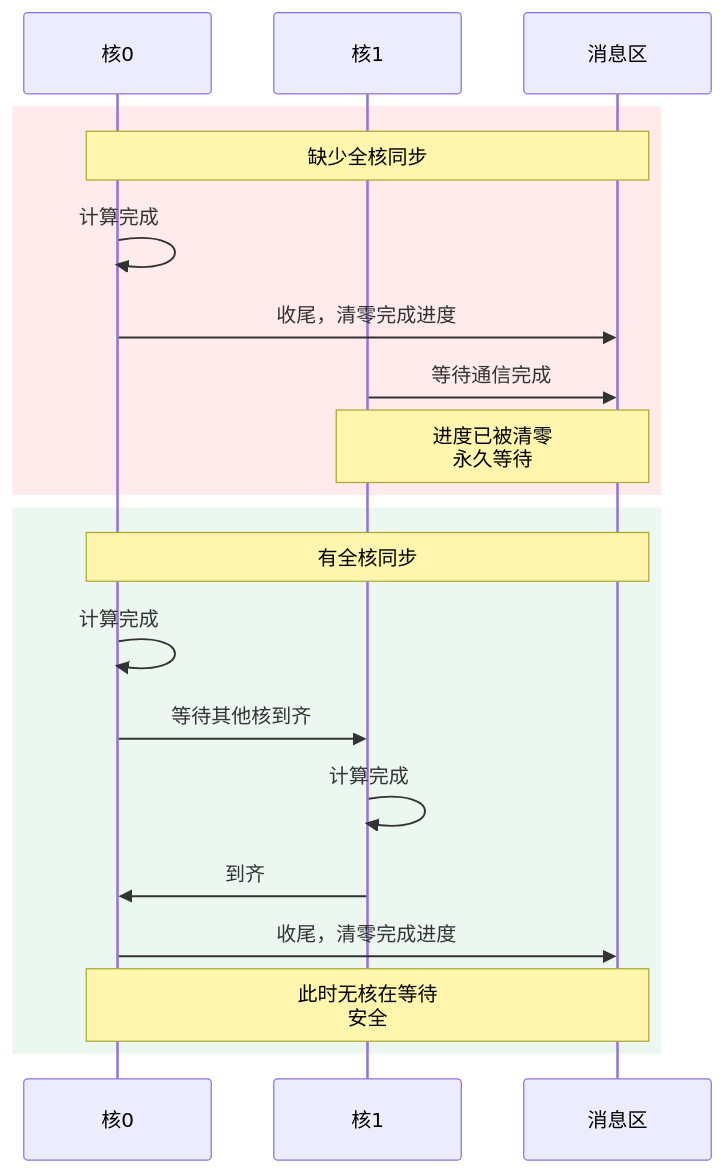
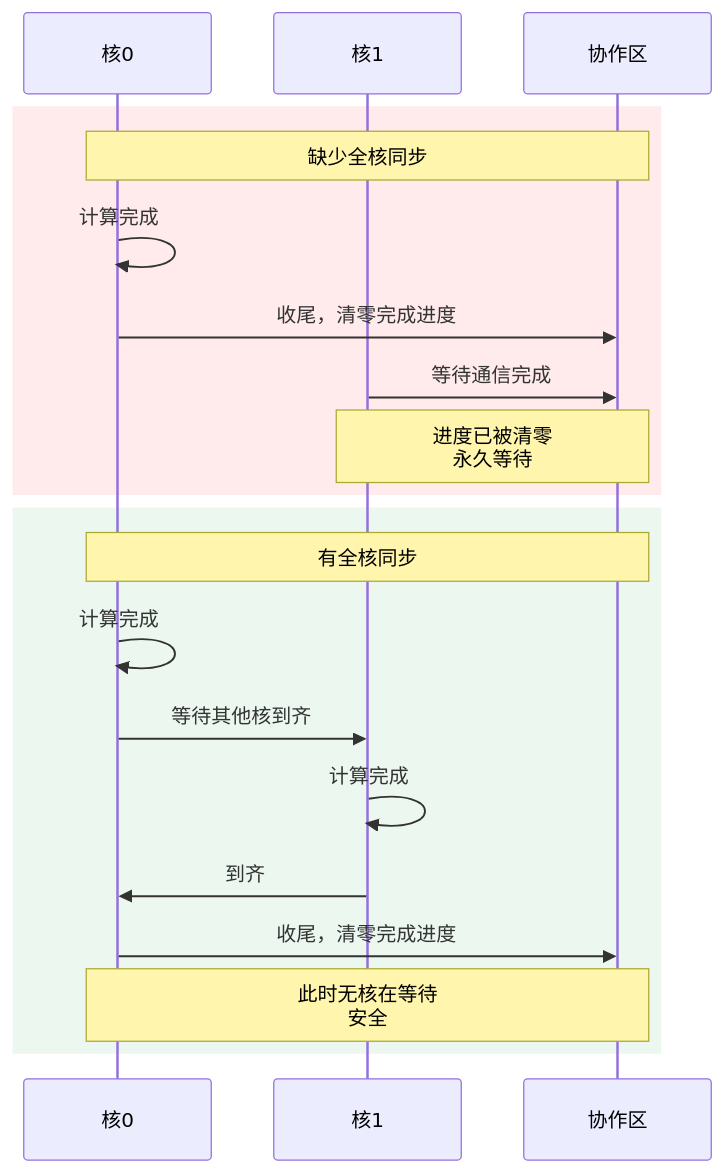
The third of 4 diagrams in docs/zh/编程模型/MC2编程模型/执行模型.md (Atlas-Ascend-Fork/asc-comm), drawn with Mermaid before and after one commit. The commit also changed other lines of this file and 1 other file, not shown here.

````diff
--- a/docs/zh/编程模型/MC2编程模型/执行模型.md
+++ b/docs/zh/编程模型/MC2编程模型/执行模型.md
@@ -132,24 +143,24 @@
 ```mermaid
 sequenceDiagram
     participant C0 as 核0
     participant C1 as 核1
-    participant M as 消息区
+    participant M as 协作区
 
     rect rgb(255, 235, 235)
     Note over C0,M: 缺少全核同步
     C0->>C0: 计算完成
     C0->>M: 收尾，清零完成进度
     C1->>M: 等待通信完成
     Note over C1,M: 进度已被清零<br/>永久等待
     end
 
     rect rgb(235, 247, 239)
     Note over C0,M: 有全核同步
     C0->>C0: 计算完成
     C0->>C1: 等待其他核到齐
     C1->>C1: 计算完成
     C1->>C0: 到齐
     C0->>M: 收尾，清零完成进度
     Note over C0,M: 此时无核在等待<br/>安全
     end
 ```
````
